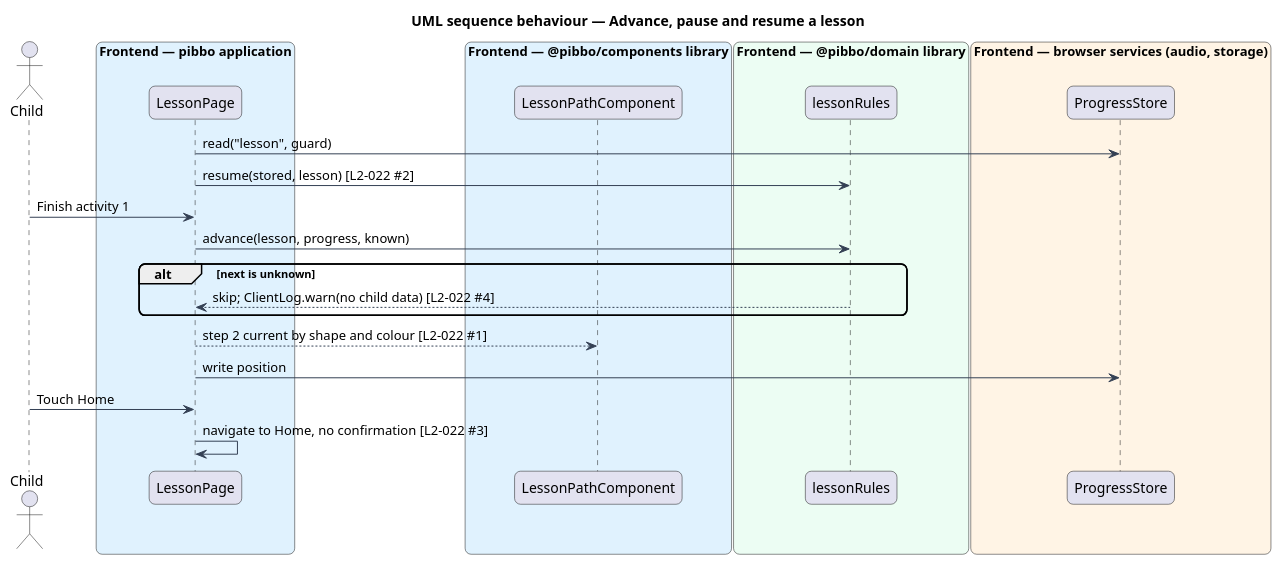
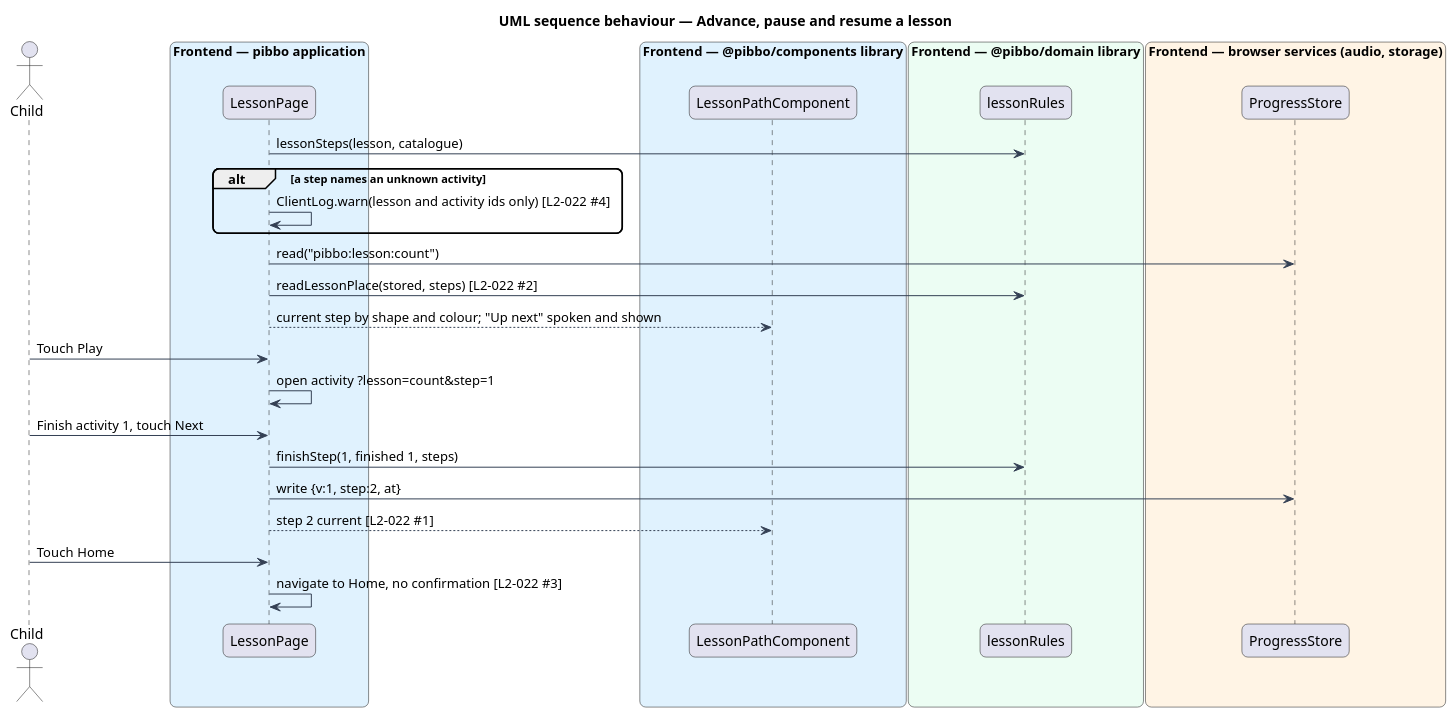
Before and after one commit to QuinntyneBrown/pibbo: the diagram in docs/detailed-designs/lessons/guided-lesson/diagrams/sequence-advance-and-resume.puml, drawn with PlantUML. The commit also changed 17 other files, not shown here.

Commit message:
Align the guided lesson: Home's Lesson picture and a done state with no star drawn first, L2-022 follows the path mock, ADR 0025 for the one value a lesson keeps on the device, and the design

```diff
--- a/docs/detailed-designs/lessons/guided-lesson/diagrams/sequence-advance-and-resume.puml
+++ b/docs/detailed-designs/lessons/guided-lesson/diagrams/sequence-advance-and-resume.puml
@@ -1,32 +1,36 @@
 @startuml
 title UML sequence behaviour — Advance, pause and resume a lesson
 skinparam backgroundColor #FFFFFF
 skinparam shadowing false
 skinparam roundcorner 12
 skinparam defaultFontName Arial
 skinparam ArrowColor #344054
 actor "Child" as actor
 box "Frontend — pibbo application" #E0F2FE
   participant "LessonPage" as page
 end box
 box "Frontend — @pibbo/components library" #E0F2FE
   participant "LessonPathComponent" as path
 end box
 box "Frontend — @pibbo/domain library" #ECFDF3
   participant "lessonRules" as rules
 end box
 box "Frontend — browser services (audio, storage)" #FFF4E5
   participant "ProgressStore" as store
 end box
-page -> store : read("lesson", guard)
-page -> rules : resume(stored, lesson) [L2-022 #2]
-actor -> page : Finish activity 1
-page -> rules : advance(lesson, progress, known)
-alt next is unknown
-  rules --> page : skip; ClientLog.warn(no child data) [L2-022 #4]
+page -> rules : lessonSteps(lesson, catalogue)
+alt a step names an unknown activity
+  page -> page : ClientLog.warn(lesson and activity ids only) [L2-022 #4]
 end
-page --> path : step 2 current by shape and colour [L2-022 #1]
-page -> store : write position
+page -> store : read("pibbo:lesson:count")
+page -> rules : readLessonPlace(stored, steps) [L2-022 #2]
+page --> path : current step by shape and colour; "Up next" spoken and shown
+actor -> page : Touch Play
+page -> page : open activity ?lesson=count&step=1
+actor -> page : Finish activity 1, touch Next
+page -> rules : finishStep(1, finished 1, steps)
+page -> store : write {v:1, step:2, at}
+page --> path : step 2 current [L2-022 #1]
 actor -> page : Touch Home
 page -> page : navigate to Home, no confirmation [L2-022 #3]
 @enduml
```
